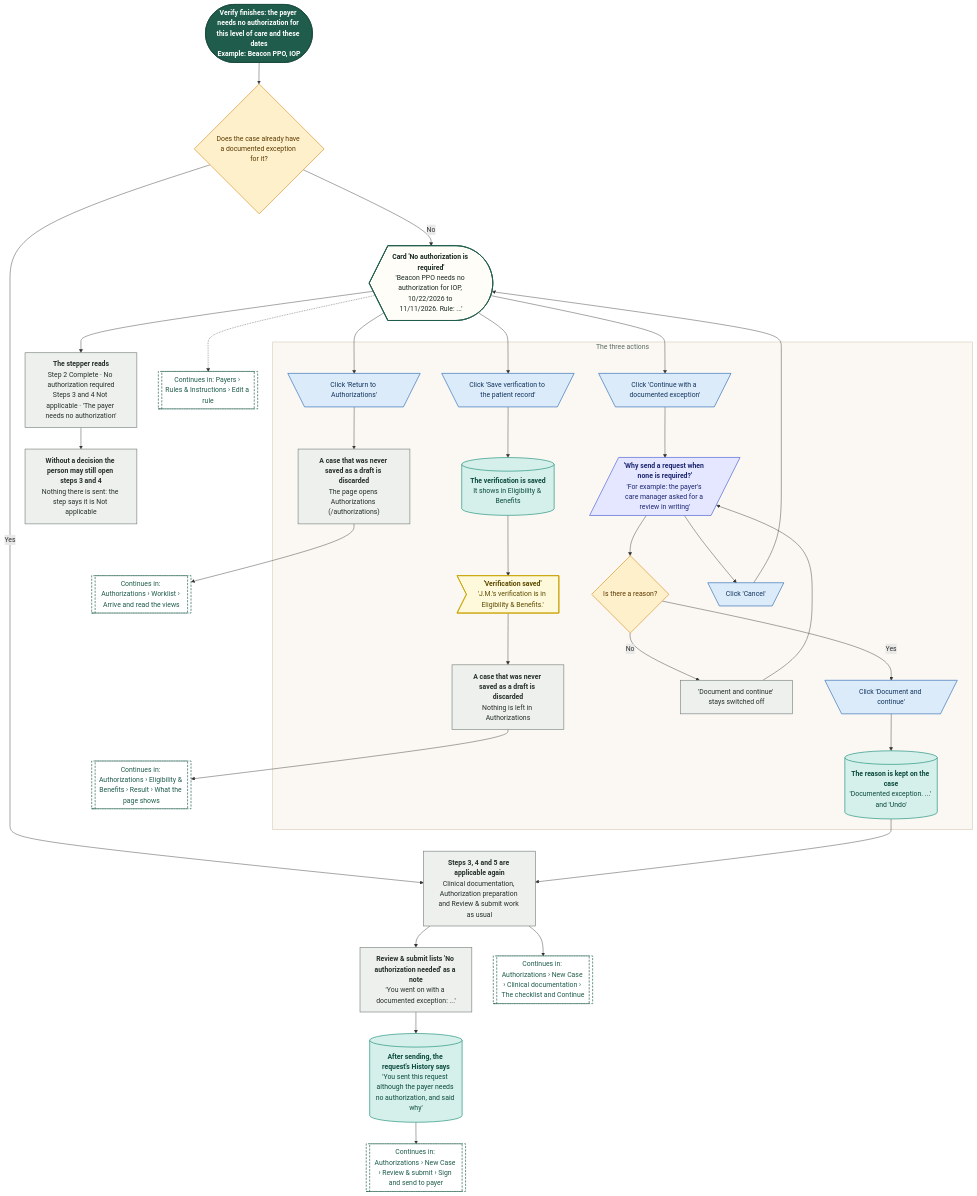
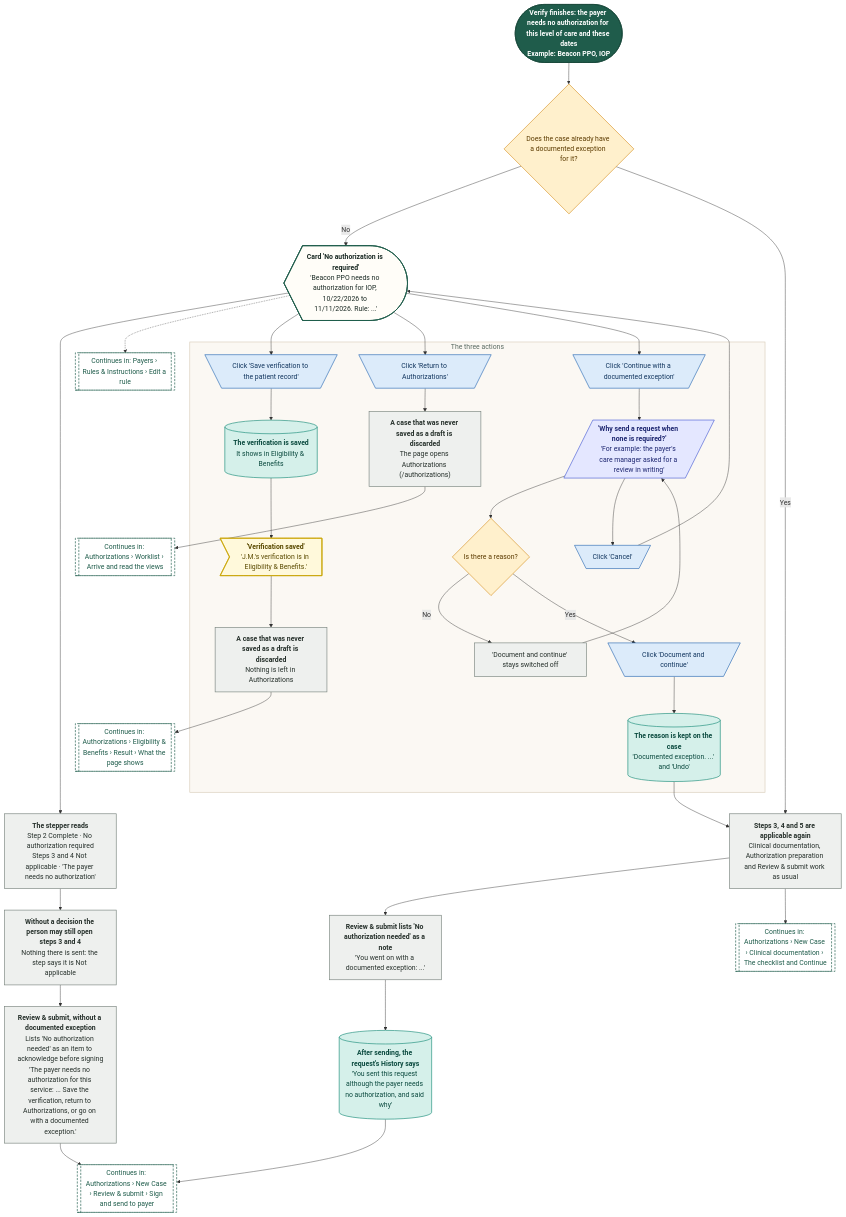
Before and after one commit to Shrav143/psyfloapp: the diagram in demos/prior-auth-demo/workflows/out/mmd/04-new-case/36-elig-no-authorization.mmd, drawn with Mermaid. The commit also changed 8 other files, not shown here.

First line of the commit message:
fix: self-audit: New Case's no-authorization note says Authorizations; diagrams add the Payer note tip and the no-authorization note; report lists the EMR and Studio wording

```diff
--- a/demos/prior-auth-demo/workflows/out/mmd/04-new-case/36-elig-no-authorization.mmd
+++ b/demos/prior-auth-demo/workflows/out/mmd/04-new-case/36-elig-no-authorization.mmd
@@ -1,71 +1,72 @@
 %%{init: {"theme":"base","themeVariables":{"fontFamily":"'DM Sans', 'Segoe UI', system-ui, sans-serif","fontSize":"15px","lineColor":"#5B6B63","primaryTextColor":"#1C2B25","clusterBkg":"#FBF8F3","clusterBorder":"#D9CDBB","edgeLabelBackground":"#FFFFFF"},"flowchart":{"curve":"basis","nodeSpacing":36,"rankSpacing":48,"padding":12,"htmlLabels":true,"useMaxWidth":false,"wrappingWidth":230}} }%%
 flowchart TD
   classDef k_start fill:#1F5C4B,stroke:#174638,color:#FFFFFF,stroke-width:1.5px,font-weight:600
   classDef k_end fill:#DDEFE3,stroke:#2E7D4F,color:#14502F,stroke-width:1.5px,font-weight:600
   classDef k_endx fill:#FBE3E0,stroke:#C0392B,color:#7A1F16,stroke-width:1.5px,font-weight:600
   classDef k_screen fill:#FFFDF8,stroke:#1F5C4B,color:#1C2B25,stroke-width:2px
   classDef k_overlay fill:#F1F7F3,stroke:#1F5C4B,color:#1C2B25,stroke-width:2px,stroke-dasharray:5 3
   classDef k_click fill:#DCEBFA,stroke:#2F6DB5,color:#12365F,stroke-width:1.5px
   classDef k_input fill:#E4E7FF,stroke:#4C5FD5,color:#1D2670,stroke-width:1.5px
   classDef k_process fill:#EEF0EE,stroke:#7A857F,color:#26302B,stroke-width:1.5px
   classDef k_agent fill:#EEE5FA,stroke:#7A4FC2,color:#341A63,stroke-width:1.5px
   classDef k_decision fill:#FFF0CC,stroke:#D9962B,color:#5C3B00,stroke-width:1.5px
   classDef k_store fill:#D5F0EA,stroke:#1C8E7B,color:#0B4A3F,stroke-width:1.5px
   classDef k_doc fill:#F6E9DC,stroke:#B07A4C,color:#4A2E14,stroke-width:1.5px
   classDef k_ext fill:#FFE6D2,stroke:#E07B39,color:#6B2F06,stroke-width:1.5px
   classDef k_wait fill:#E4E8EE,stroke:#6B7C93,color:#26303D,stroke-width:1.5px
   classDef k_toast fill:#FFF9DB,stroke:#C9A400,color:#5A4A00,stroke-width:1.5px
   classDef k_goto fill:#FFFFFF,stroke:#1F5C4B,color:#1F5C4B,stroke-width:1.5px,stroke-dasharray:5 3
   s1@{ shape: stadium, label: "<b>Verify finishes: the payer needs no authorization for this level of care and these dates</b><br/>Example: Beacon PPO, IOP" }
   d1@{ shape: diam, label: "Does the case already have a documented exception for it?" }
   sCard@{ shape: curv-trap, label: "<b>Card 'No authorization is required'</b><br/>'Beacon PPO needs no authorization for IOP, 10/22/2026 to 11/11/2026. Rule: ...'" }
   pSteps@{ shape: rect, label: "<b>The stepper reads</b><br/>Step 2 Complete · No authorization required<br/>Steps 3 and 4 Not applicable · 'The payer needs no authorization'" }
   subgraph gThree ["The three actions"]
   a1@{ shape: trap-t, label: "Click 'Save verification to the patient record'" }
   s1a@{ shape: cyl, label: "<b>The verification is saved</b><br/>It shows in Eligibility & Benefits" }
   t1@{ shape: odd, label: "<b>'Verification saved'</b><br/>'J.M.'s verification is in Eligibility & Benefits.'" }
   p1@{ shape: rect, label: "<b>A case that was never saved as a draft is discarded</b><br/>Nothing is left in Authorizations" }
   a2@{ shape: trap-t, label: "Click 'Return to Authorizations'" }
   p2@{ shape: rect, label: "<b>A case that was never saved as a draft is discarded</b><br/>The page opens Authorizations (/authorizations)" }
   a3@{ shape: trap-t, label: "Click 'Continue with a documented exception'" }
   iWhy@{ shape: lean-r, label: "<b>'Why send a request when none is required?'</b><br/>'For example: the payer's care manager asked for a review in writing'" }
   dText@{ shape: diam, label: "Is there a reason?" }
   pOff@{ shape: rect, label: "'Document and continue' stays switched off" }
   cOk@{ shape: trap-t, label: "Click 'Document and continue'" }
   cCancel@{ shape: trap-t, label: "Click 'Cancel'" }
   st@{ shape: cyl, label: "<b>The reason is kept on the case</b><br/>'Documented exception. ...' and 'Undo'" }
   end
   pOn@{ shape: rect, label: "<b>Steps 3, 4 and 5 are applicable again</b><br/>Clinical documentation, Authorization preparation and Review & submit work as usual" }
   pRev@{ shape: rect, label: "<b>Review & submit lists 'No authorization needed' as a note</b><br/>'You went on with a documented exception: ...'" }
   stHist@{ shape: cyl, label: "<b>After sending, the request's History says</b><br/>'You sent this request although the payer needs no authorization, and said why'" }
   pOpen@{ shape: rect, label: "<b>Without a decision the person may still open steps 3 and 4</b><br/>Nothing there is sent: the step says it is Not applicable" }
+  pAck@{ shape: rect, label: "<b>Review & submit, without a documented exception</b><br/>Lists 'No authorization needed' as an item to acknowledge before signing<br/>'The payer needs no authorization for this service: ... Save the verification, return to Authorizations, or go on with a documented exception.'" }
   gEb@{ shape: subproc, label: "Continues in: Authorizations › Eligibility & Benefits › Result › What the page shows" }
   gCm@{ shape: subproc, label: "Continues in: Authorizations › Worklist › Arrive and read the views" }
   gDocs@{ shape: subproc, label: "Continues in: Authorizations › New Case › Clinical documentation › The checklist and Continue" }
   gSign@{ shape: subproc, label: "Continues in: Authorizations › New Case › Review & submit › Sign and send to payer" }
   gPayers@{ shape: subproc, label: "Continues in: Payers › Rules & Instructions › Edit a rule" }
   s1 --> d1
   d1 -->|"No"| sCard
   d1 -->|"Yes"| pOn
   sCard --> pSteps
   sCard -.-> gPayers
   sCard --> a1 --> s1a --> t1 --> p1 --> gEb
   sCard --> a2 --> p2 --> gCm
   sCard --> a3 --> iWhy --> dText
   dText -->|"No"| pOff --> iWhy
   dText -->|"Yes"| cOk --> st --> pOn
   iWhy --> cCancel --> sCard
-  pSteps --> pOpen
+  pSteps --> pOpen --> pAck --> gSign
   pOn --> pRev
   pOn --> gDocs
   pRev --> stHist --> gSign
   class s1 k_start
   class d1,dText k_decision
   class sCard k_screen
-  class pSteps,p1,p2,pOff,pOn,pRev,pOpen k_process
+  class pSteps,p1,p2,pOff,pOn,pRev,pOpen,pAck k_process
   class a1,a2,a3,cOk,cCancel k_click
   class s1a,st,stHist k_store
   class t1 k_toast
   class iWhy k_input
   class gEb,gCm,gDocs,gSign,gPayers k_goto
   style gThree fill:#FBF8F3,stroke:#D9CDBB,stroke-width:1.5px,color:#5B6B63
```
